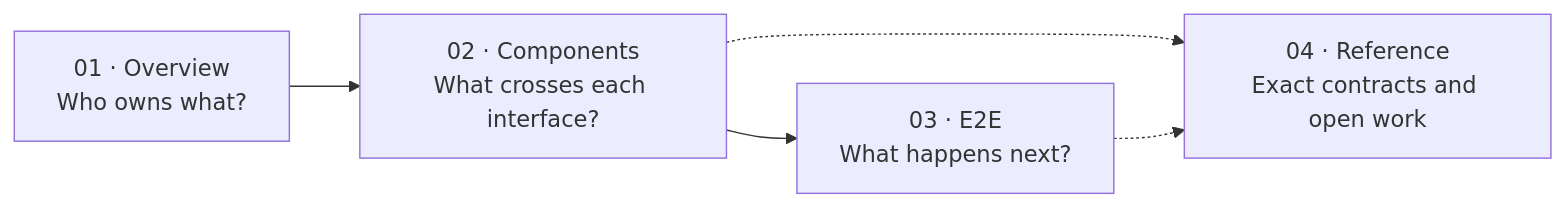
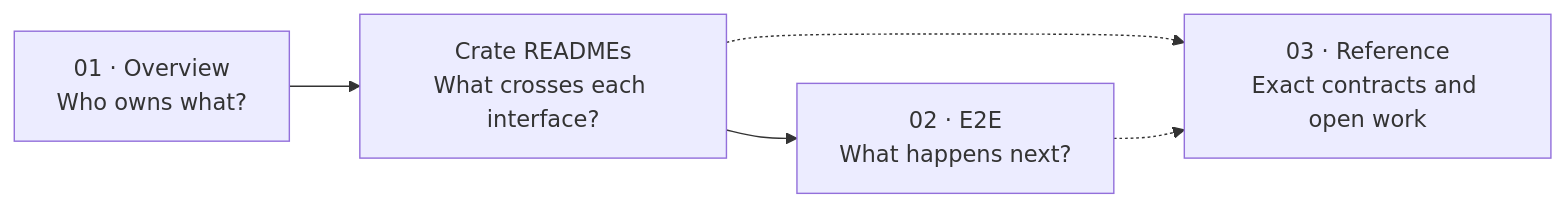
The diagram in docs/README.md (djm07073/baton), drawn with Mermaid before and after one commit. The commit also changed other lines of this file and 4086 other files, not shown here.

````diff
--- a/docs/README.md
+++ b/docs/README.md
@@ -7,7 +9,7 @@
 ```mermaid
 flowchart LR
-    A["01 · Overview<br/>Who owns what?"] --> B["02 · Components<br/>What crosses each interface?"]
-    B --> C["03 · E2E<br/>What happens next?"]
-    B -.-> D["04 · Reference<br/>Exact contracts and open work"]
+    A["01 · Overview<br/>Who owns what?"] --> B["Crate READMEs<br/>What crosses each interface?"]
+    B --> C["02 · E2E<br/>What happens next?"]
+    B -.-> D["03 · Reference<br/>Exact contracts and open work"]
     C -.-> D
 ```
````
